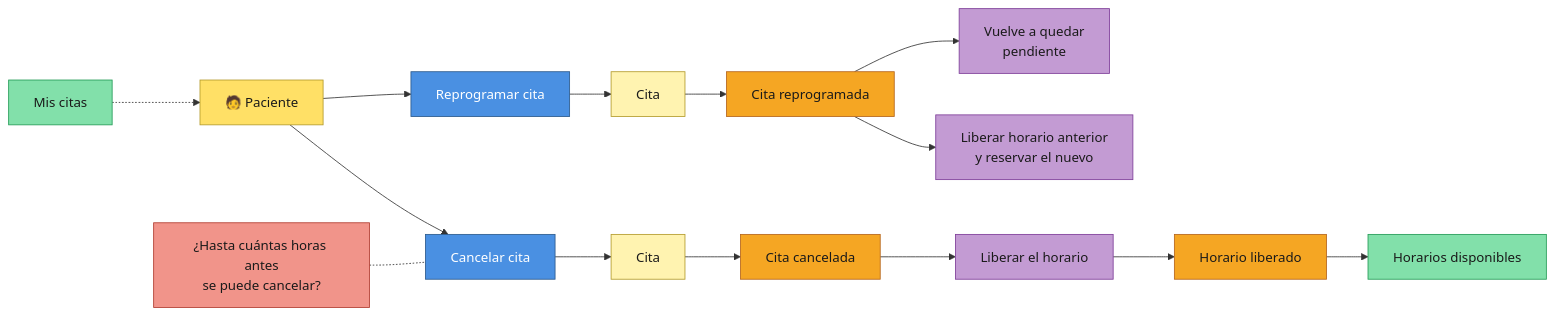
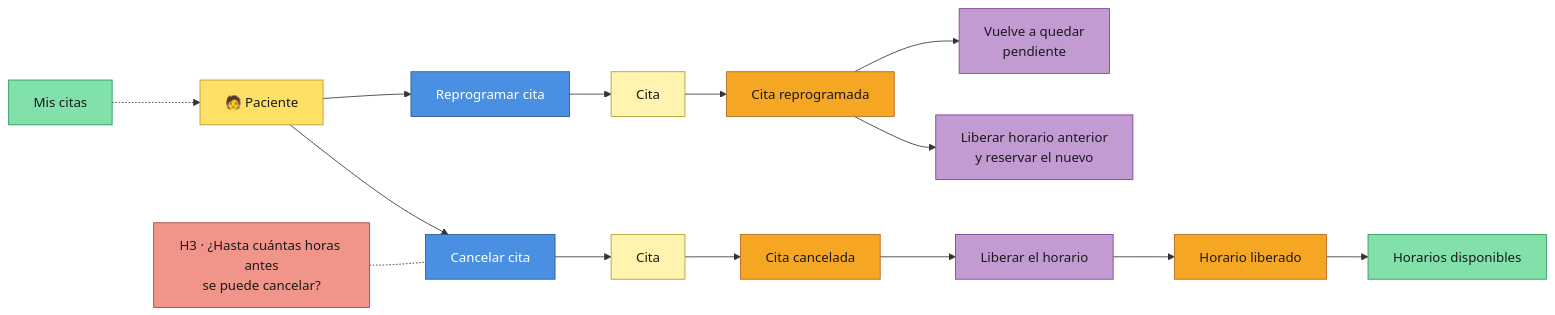
One commit to fox123abc/Clinica changed the fifth of 9 diagrams in docs/DDD-EVENT-STORMING.md. Above: the diagram before and after it, drawn with Mermaid. The commit also changed other lines of this file and 6 other files, not shown here.

````diff
--- a/docs/DDD-EVENT-STORMING.md
+++ b/docs/DDD-EVENT-STORMING.md
@@ -227,21 +227,21 @@
 ```mermaid
 flowchart LR
     R1["Mis citas"]:::lectura -.-> A1["🧑 Paciente"]:::actor
     A1 --> C1["Reprogramar cita"]:::comando --> G1["Cita"]:::agregado --> E1["Cita reprogramada"]:::evento
     E1 --> P1["Vuelve a quedar<br/>pendiente"]:::politica
     E1 --> P2["Liberar horario anterior<br/>y reservar el nuevo"]:::politica
 
     A1 --> C2["Cancelar cita"]:::comando --> G2["Cita"]:::agregado --> E2["Cita cancelada"]:::evento
     E2 --> P3["Liberar el horario"]:::politica --> E3["Horario liberado"]:::evento
     E3 --> R2["Horarios disponibles"]:::lectura
 
-    H1["¿Hasta cuántas horas antes<br/>se puede cancelar?"]:::hotspot -.- C2
+    H1["H3 · ¿Hasta cuántas horas antes<br/>se puede cancelar?"]:::hotspot -.- C2
 
     classDef evento fill:#F5A623,stroke:#B5651D,color:#1A1A1A
     classDef comando fill:#4A90E2,stroke:#2C5A8C,color:#FFFFFF
     classDef actor fill:#FFE066,stroke:#B39A2B,color:#1A1A1A
     classDef agregado fill:#FFF3B0,stroke:#B39A2B,color:#1A1A1A
     classDef politica fill:#C39BD3,stroke:#7D3C98,color:#1A1A1A
     classDef lectura fill:#82E0AA,stroke:#239B56,color:#1A1A1A
     classDef hotspot fill:#F1948A,stroke:#B03A2E,color:#1A1A1A
 ```
````
